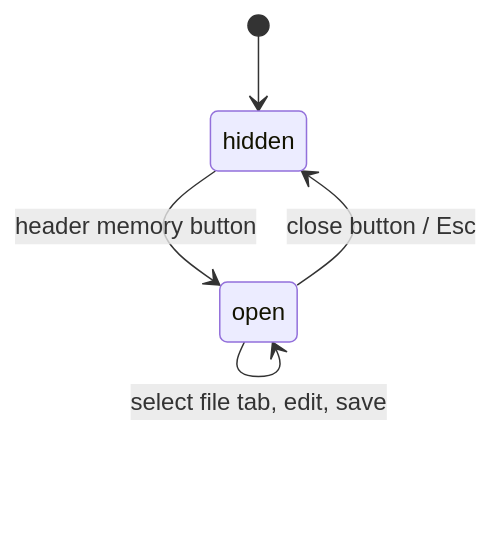
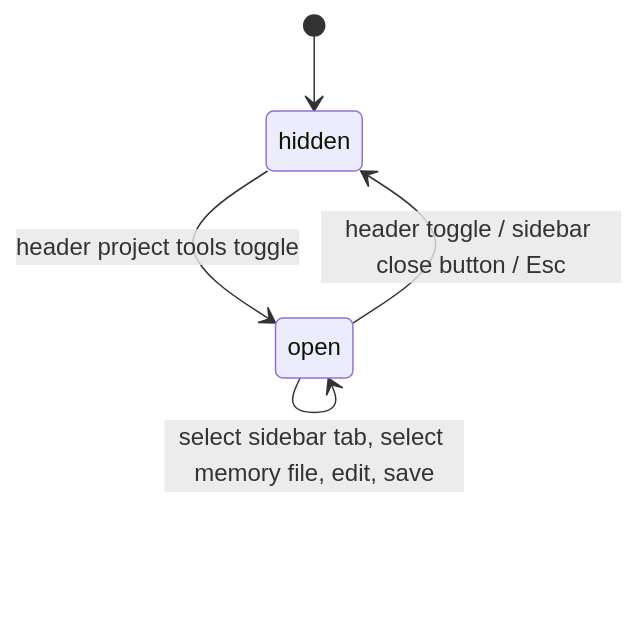
The second of 2 diagrams in hivemind/docs/features/07_project-memory.md (raravel/eud-agent), drawn with Mermaid before and after one commit. The commit also changed other lines of this file and 4 other files, not shown here.

````diff
--- a/hivemind/docs/features/07_project-memory.md
+++ b/hivemind/docs/features/07_project-memory.md
@@ -127,7 +127,7 @@
 ```mermaid
 stateDiagram-v2
     [*] --> hidden
-    hidden --> open: header memory button
-    open --> hidden: close button / Esc
-    open --> open: select file tab, edit, save
+    hidden --> open: header project tools toggle
+    open --> hidden: header toggle / sidebar close button / Esc
+    open --> open: select sidebar tab, select memory file, edit, save
 ```
````
